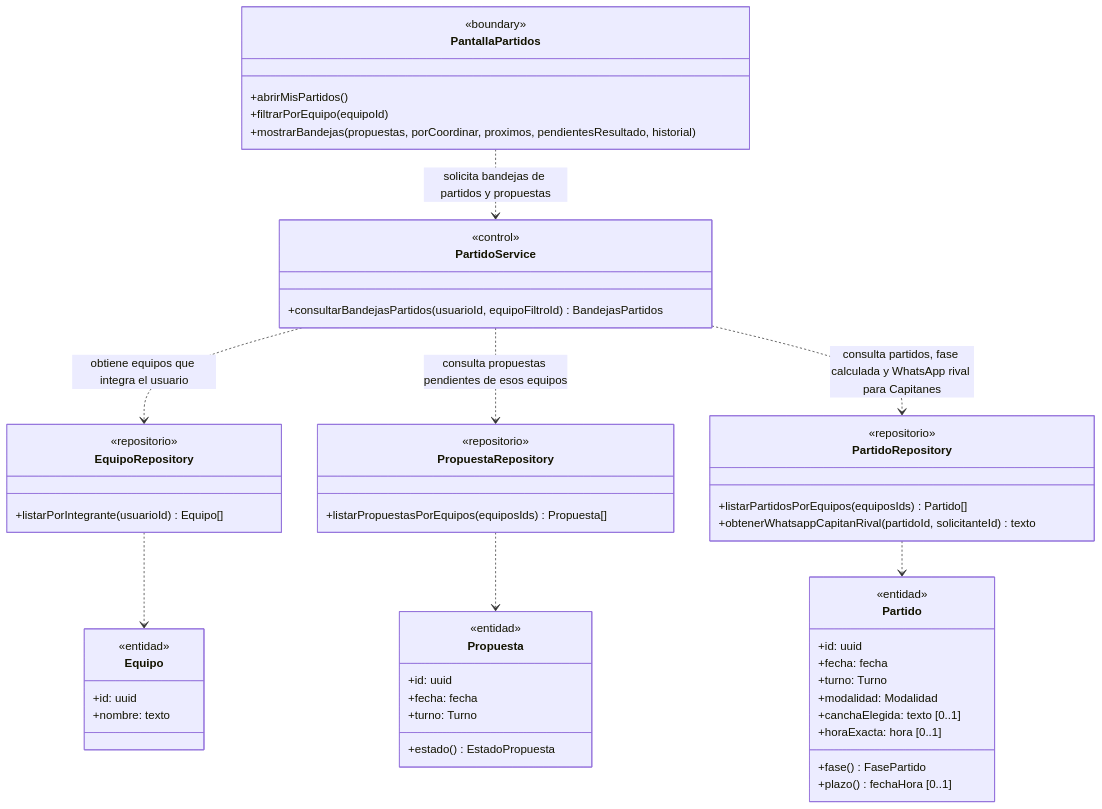
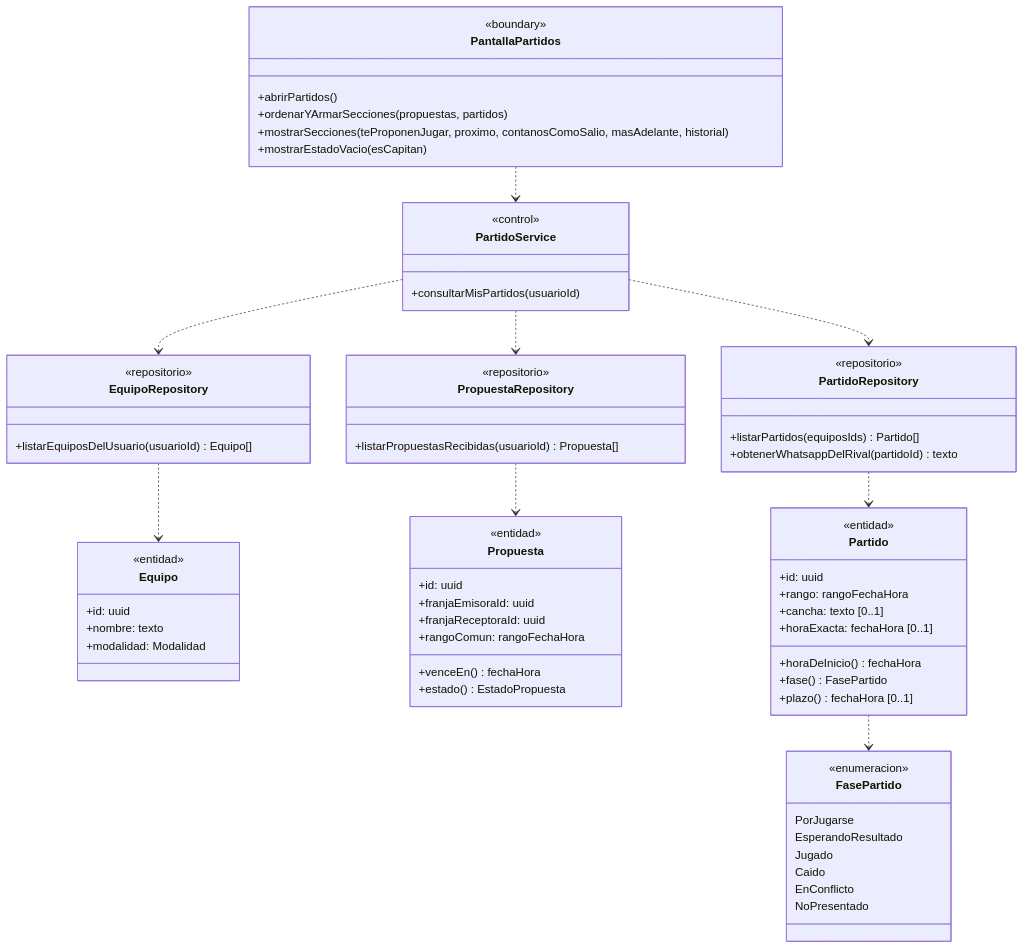
Diagram 15 of 15 in docs/diagramas-de-clase/partidos.md (nicqletal/torneos-scraper), drawn with Mermaid before and after one commit. The commit also changed other lines of this file and 13 other files, not shown here.

````diff
--- a/docs/diagramas-de-clase/partidos.md
+++ b/docs/diagramas-de-clase/partidos.md
@@ -923,57 +1138,69 @@
 ```mermaid
 classDiagram
-direction TB
 class PantallaPartidos {
   <<boundary>>
-  +abrirMisPartidos()
-  +filtrarPorEquipo(equipoId)
-  +mostrarBandejas(propuestas, porCoordinar, proximos, pendientesResultado, historial)
+  +abrirPartidos()
+  +ordenarYArmarSecciones(propuestas, partidos)
+  +mostrarSecciones(teProponenJugar, proximo, contanosComoSalio, masAdelante, historial)
+  +mostrarEstadoVacio(esCapitan)
 }
 class PartidoService {
   <<control>>
-  +consultarBandejasPartidos(usuarioId, equipoFiltroId) BandejasPartidos
+  +consultarMisPartidos(usuarioId)
 }
 class EquipoRepository {
   <<repositorio>>
-  +listarPorIntegrante(usuarioId) Equipo[]
+  +listarEquiposDelUsuario(usuarioId) Equipo[]
 }
 class PropuestaRepository {
   <<repositorio>>
-  +listarPropuestasPorEquipos(equiposIds) Propuesta[]
+  +listarPropuestasRecibidas(usuarioId) Propuesta[]
 }
 class PartidoRepository {
   <<repositorio>>
-  +listarPartidosPorEquipos(equiposIds) Partido[]
-  +obtenerWhatsappCapitanRival(partidoId, solicitanteId) texto
+  +listarPartidos(equiposIds) Partido[]
+  +obtenerWhatsappDelRival(partidoId) texto
 }
 class Equipo {
   <<entidad>>
   +id: uuid
   +nombre: texto
+  +modalidad: Modalidad
 }
 class Propuesta {
   <<entidad>>
   +id: uuid
-  +fecha: fecha
-  +turno: Turno
+  +franjaEmisoraId: uuid
+  +franjaReceptoraId: uuid
+  +rangoComun: rangoFechaHora
+  +venceEn() fechaHora
   +estado() EstadoPropuesta
 }
 class Partido {
   <<entidad>>
   +id: uuid
-  +fecha: fecha
-  +turno: Turno
-  +modalidad: Modalidad
-  +canchaElegida: texto [0..1]
-  +horaExacta: hora [0..1]
+  +rango: rangoFechaHora
+  +cancha: texto [0..1]
+  +horaExacta: fechaHora [0..1]
+  +horaDeInicio() fechaHora
   +fase() FasePartido
   +plazo() fechaHora [0..1]
 }
-PantallaPartidos ..> PartidoService : solicita bandejas de partidos y propuestas
-PartidoService ..> EquipoRepository : obtiene equipos que integra el usuario
-PartidoService ..> PropuestaRepository : consulta propuestas pendientes de esos equipos
-PartidoService ..> PartidoRepository : consulta partidos, fase calculada y WhatsApp rival para Capitanes
+class FasePartido {
+  <<enumeracion>>
+  PorJugarse
+  EsperandoResultado
+  Jugado
+  Caido
+  EnConflicto
+  NoPresentado
+}
+PantallaPartidos ..> PartidoService
+PartidoService ..> EquipoRepository
+PartidoService ..> PropuestaRepository
+PartidoService ..> PartidoRepository
 EquipoRepository ..> Equipo
 PropuestaRepository ..> Propuesta
 PartidoRepository ..> Partido
+Partido ..> FasePartido
 ```
````
